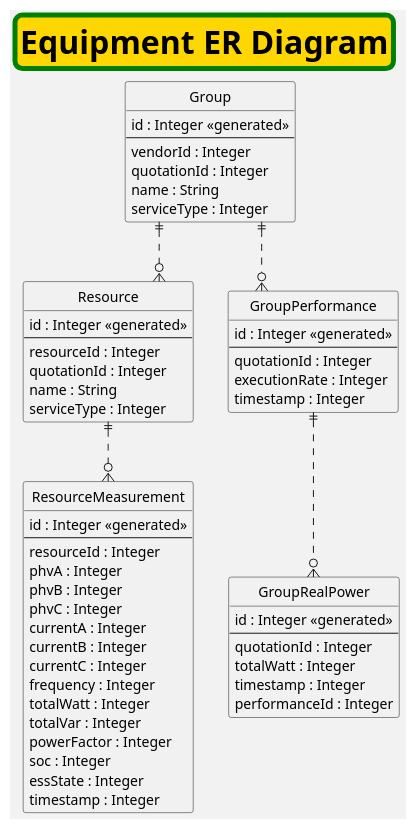
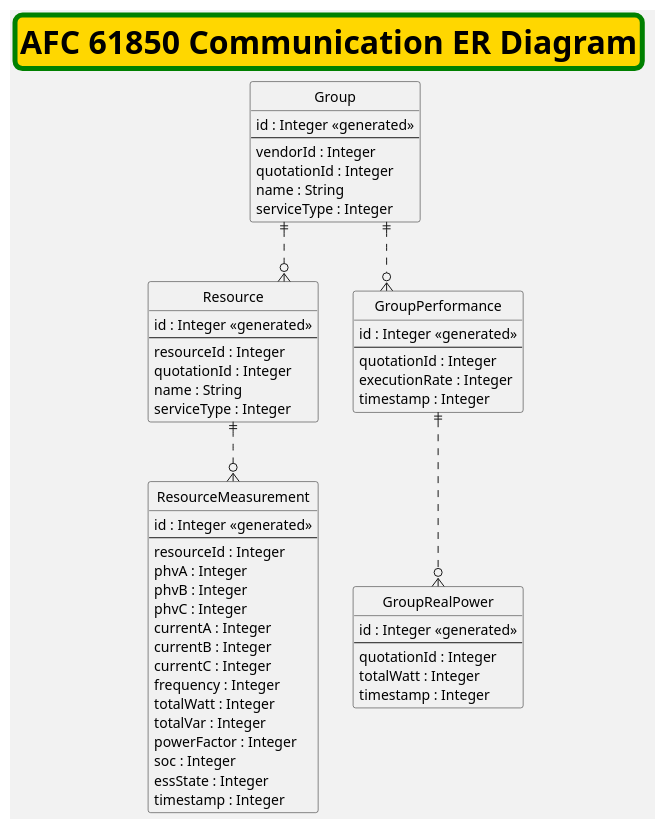
One commit to ubuntu11/learning-practice changed the diagram in iec-61850/design.puml. Above: the diagram before and after it, drawn with PlantUML. The commit also changed other lines of this file and 4 other files, not shown here.

```diff
--- a/iec-61850/design.puml
+++ b/iec-61850/design.puml
@@ -6,86 +6,85 @@
 @startuml
 
 ' hide the spot
 hide circle
 
 ' avoid problems with angled crows feet
 skinparam linetype ortho
 'skinparam backgroundColor transparent
 skinparam backgroundColor #F2F2F2
 
 skinparam titleBorderRoundCorner 15
 skinparam titleBorderThickness 5
 skinparam titleBorderColor green
 skinparam titleBackgroundColor Gold
-title <size:32>Equipment ER Diagram</size>
+title <size:32>AFC 61850 Communication ER Diagram</size>
 
 entity "Group" as e00 {
   id : Integer <<generated>>
   --
   ' 合格交易者代碼
   vendorId : Integer
   ' 報價代碼
   quotationId : Integer
   name : String
   ' 輔助服務商品, AFC=1
   serviceType : Integer
 }
 
 entity "Resource" as e01 {
   id : Integer <<generated>>
   --
   ' 交易資訊代號
   resourceId : Integer
   quotationId : Integer
   name : String
   ' 輔助服務商品, AFC=1
   serviceType : Integer
 }
 
 entity "GroupRealPower" as e02 {
   id : Integer <<generated>>
   --
   ' 報價代碼
   quotationId : Integer
   totalWatt : Integer
   timestamp : Integer
-  performanceId : Integer
 }
 
 entity "GroupPerformance" as e03 {
   id : Integer <<generated>>
   --
   ' 報價代碼
   quotationId : Integer
   ' 執行率
   executionRate : Integer
   timestamp : Integer
 }
 
 entity "ResourceMeasurement" as e04 {
   id : Integer <<generated>>
   --
   ' 交易資訊代號
   resourceId : Integer
   phvA : Integer
   phvB : Integer
   phvC : Integer
   currentA : Integer
   currentB : Integer
   currentC : Integer
   frequency : Integer
   totalWatt : Integer
   totalVar : Integer
   powerFactor : Integer
   soc : Integer
   essState : Integer
   timestamp : Integer
 }
 
 e00 ||..o{ e01
 e00 ||..o{ e03
 e03 ||..o{ e02
-e01 ||..o{ e04  
+e01 ||..o{ e04
 
 
 @enduml
```
